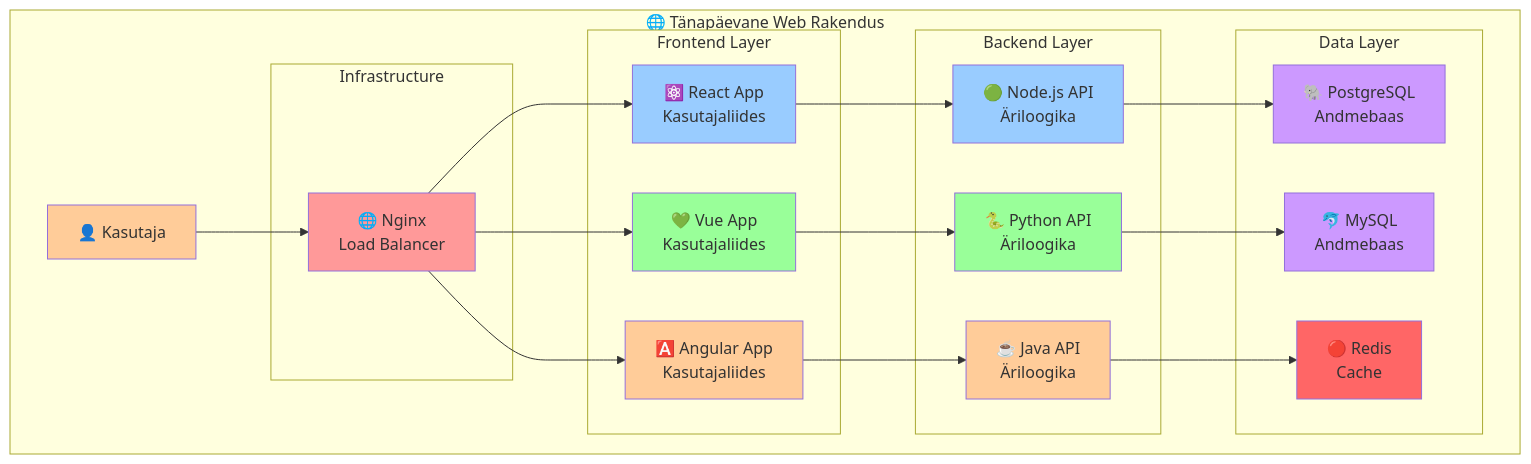
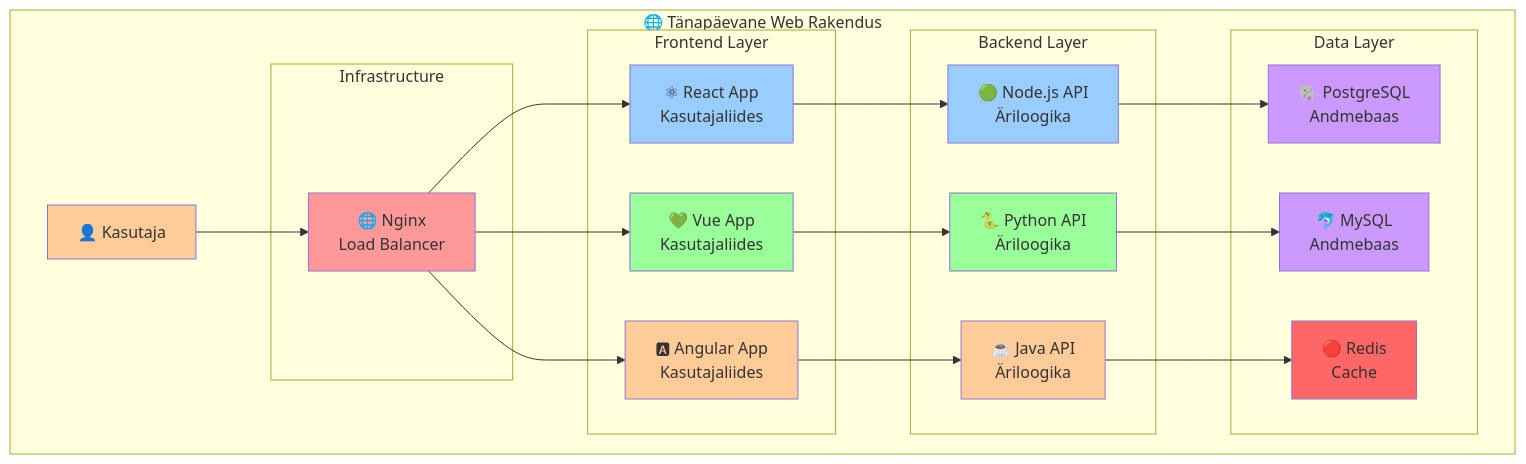
One commit to mtalvik/automation changed the second of 17 diagrams in docs/docker_orchestration/lecture.md. Above: the diagram before and after it, drawn with Mermaid. The commit also changed other lines of this file and 168 other files, not shown here.

````diff
--- a/docs/docker_orchestration/lecture.md
+++ b/docs/docker_orchestration/lecture.md
@@ -65,53 +65,53 @@
 ```mermaid
 graph TB
     subgraph "🌐 Tänapäevane Web Rakendus"
         User[👤 Kasutaja]
         
         subgraph "Frontend Layer"
-            React[⚛️ React App<br/>Kasutajaliides]
+            React[⚛ React App<br/>Kasutajaliides]
             Vue[💚 Vue App<br/>Kasutajaliides]
-            Angular[🅰️ Angular App<br/>Kasutajaliides]
+            Angular[🅰 Angular App<br/>Kasutajaliides]
         end
         
         subgraph "Backend Layer"
             NodeAPI[🟢 Node.js API<br/>Äriloogika]
             PythonAPI[🐍 Python API<br/>Äriloogika]
             JavaAPI[☕ Java API<br/>Äriloogika]
         end
         
         subgraph "Data Layer"
             Postgres[🐘 PostgreSQL<br/>Andmebaas]
             MySQL[🐬 MySQL<br/>Andmebaas]
             Redis[🔴 Redis<br/>Cache]
         end
         
         subgraph "Infrastructure"
             Nginx[🌐 Nginx<br/>Load Balancer]
         end
     end
     
     User --> Nginx
     Nginx --> React
     Nginx --> Vue
     Nginx --> Angular
     
     React --> NodeAPI
     Vue --> PythonAPI
     Angular --> JavaAPI
     
     NodeAPI --> Postgres
     PythonAPI --> MySQL
     JavaAPI --> Redis
     
     style User fill:#ffcc99
     style Nginx fill:#ff9999
     style React fill:#99ccff
     style Vue fill:#99ff99
     style Angular fill:#ffcc99
     style NodeAPI fill:#99ccff
     style PythonAPI fill:#99ff99
     style JavaAPI fill:#ffcc99
     style Postgres fill:#cc99ff
     style MySQL fill:#cc99ff
     style Redis fill:#ff6666
 ```
````
